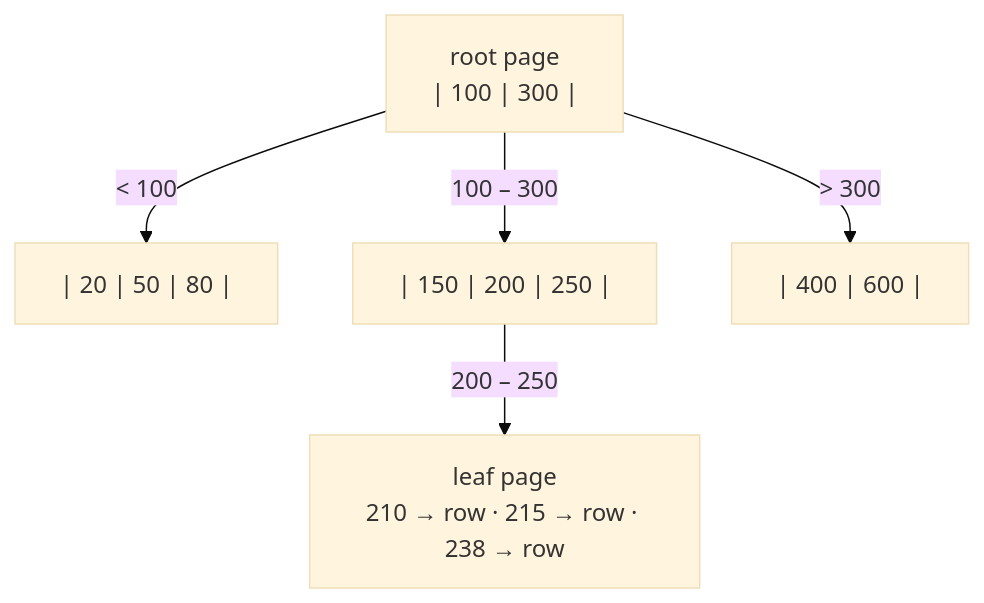
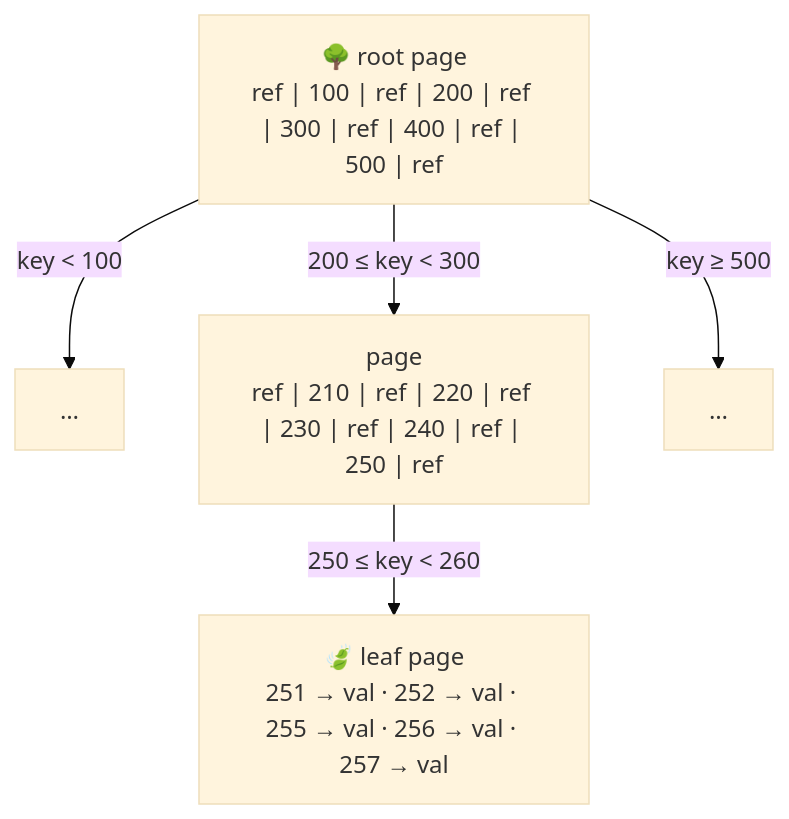
One commit to pratikguru998/ddia-book changed the eighth of 20 diagrams in docs/chapters/part-1/03-storage-retrieval.mdx. Above: the diagram before and after it, drawn with Mermaid (base theme). The commit also changed other lines of this file and 13 other files, not shown here.

Commit message:
Expand all 12 chapters: every book subsection, deeper notes, ~320 diagrams

````diff
--- a/docs/chapters/part-1/03-storage-retrieval.mdx
+++ b/docs/chapters/part-1/03-storage-retrieval.mdx
@@ -103,8 +256,8 @@
 ```mermaid
 flowchart TB
-  ROOT["root page<br/>| 100 | 300 |"]
-  ROOT -->|"< 100"| A["| 20 | 50 | 80 |"]
-  ROOT -->|"100 – 300"| B["| 150 | 200 | 250 |"]
-  ROOT -->|"> 300"| C["| 400 | 600 |"]
-  B -->|"200 – 250"| LEAF["leaf page<br/>210 → row · 215 → row · 238 → row"]
+  ROOT["🌳 root page<br/>ref | 100 | ref | 200 | ref | 300 | ref | 400 | ref | 500 | ref"]
+  ROOT -->|"key < 100"| P0["…"]
+  ROOT -->|"200 ≤ key < 300"| P1["page<br/>ref | 210 | ref | 220 | ref | 230 | ref | 240 | ref | 250 | ref"]
+  ROOT -->|"key ≥ 500"| P2["…"]
+  P1 -->|"250 ≤ key < 260"| LEAF["🍃 leaf page<br/>251 → val · 252 → val · 255 → val · 256 → val · 257 → val"]
 ```
````
